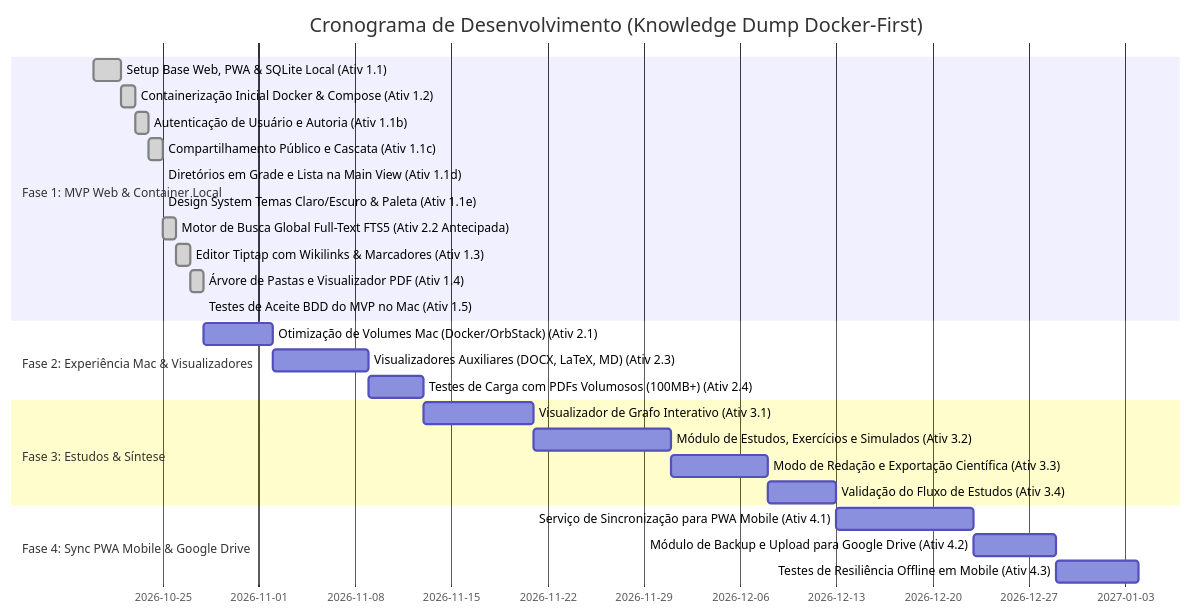
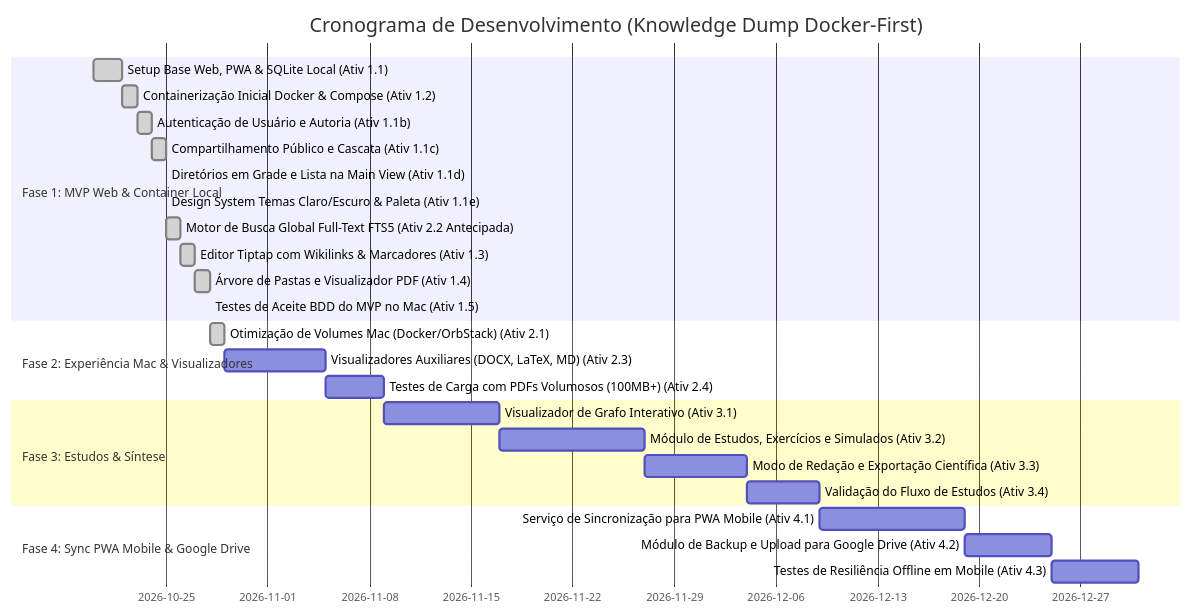
Before and after one commit to victor-reghini/knowledge-dump: the second of 2 diagrams in docs/arquitetura_e_roadmap.md, drawn with Mermaid. The commit also changed other lines of this file and 3 other files, not shown here.

Commit message:
feat(mac): add start-mac.sh script and SQLite volume optimizations for macOS/Docker

````diff
--- a/docs/arquitetura_e_roadmap.md
+++ b/docs/arquitetura_e_roadmap.md
@@ -56,32 +56,32 @@
 ```mermaid
 gantt
     title Cronograma de Desenvolvimento (Knowledge Dump Docker-First)
     dateFormat  YYYY-MM-DD
     section Fase 1: MVP Web & Container Local
     Setup Base Web, PWA & SQLite Local (Ativ 1.1)             :done, a1, 2026-10-20, 2026-10-22
     Containerização Inicial Docker & Compose (Ativ 1.2)        :done, a2, 2026-10-22, 2026-10-23
     Autenticação de Usuário e Autoria (Ativ 1.1b)              :done, a1b, 2026-10-23, 2026-10-24
     Compartilhamento Público e Cascata (Ativ 1.1c)             :done, a1c, 2026-10-24, 2026-10-25
     Diretórios em Grade e Lista na Main View (Ativ 1.1d)       :done, a1d, 2026-10-25, 2026-10-25
     Design System Temas Claro/Escuro & Paleta (Ativ 1.1e)      :done, a1e, 2026-10-25, 2026-10-25
     Motor de Busca Global Full-Text FTS5 (Ativ 2.2 Antecipada) :done, b2, 2026-10-25, 2026-10-26
     Editor Tiptap com Wikilinks & Marcadores (Ativ 1.3)        :done, a3, 2026-10-26, 2026-10-27
     Árvore de Pastas e Visualizador PDF (Ativ 1.4)             :done, a4, 2026-10-27, 2026-10-28
     Testes de Aceite BDD do MVP no Mac (Ativ 1.5)              :done, a5, 2026-10-28, 2026-10-28
 
     section Fase 2: Experiência Mac & Visualizadores
-    Otimização de Volumes Mac (Docker/OrbStack) (Ativ 2.1)     :b1, after a5, 5d
+    Otimização de Volumes Mac (Docker/OrbStack) (Ativ 2.1)     :done, b1, 2026-10-28, 2026-10-29
     Visualizadores Auxiliares (DOCX, LaTeX, MD) (Ativ 2.3)     :b3, after b1, 7d
     Testes de Carga com PDFs Volumosos (100MB+) (Ativ 2.4)     :b4, after b3, 4d
 
     section Fase 3: Estudos & Síntese
     Visualizador de Grafo Interativo (Ativ 3.1)                :c1, after b4, 8d
     Módulo de Estudos, Exercícios e Simulados (Ativ 3.2)       :c2, after c1, 10d
     Modo de Redação e Exportação Científica (Ativ 3.3)         :c3, after c2, 7d
     Validação do Fluxo de Estudos (Ativ 3.4)                   :c4, after c3, 5d
 
     section Fase 4: Sync PWA Mobile & Google Drive
     Serviço de Sincronização para PWA Mobile (Ativ 4.1)        :d1, after c4, 10d
     Módulo de Backup e Upload para Google Drive (Ativ 4.2)     :d2, after d1, 6d
     Testes de Resiliência Offline em Mobile (Ativ 4.3)         :d3, after d2, 6d
 ```
````
